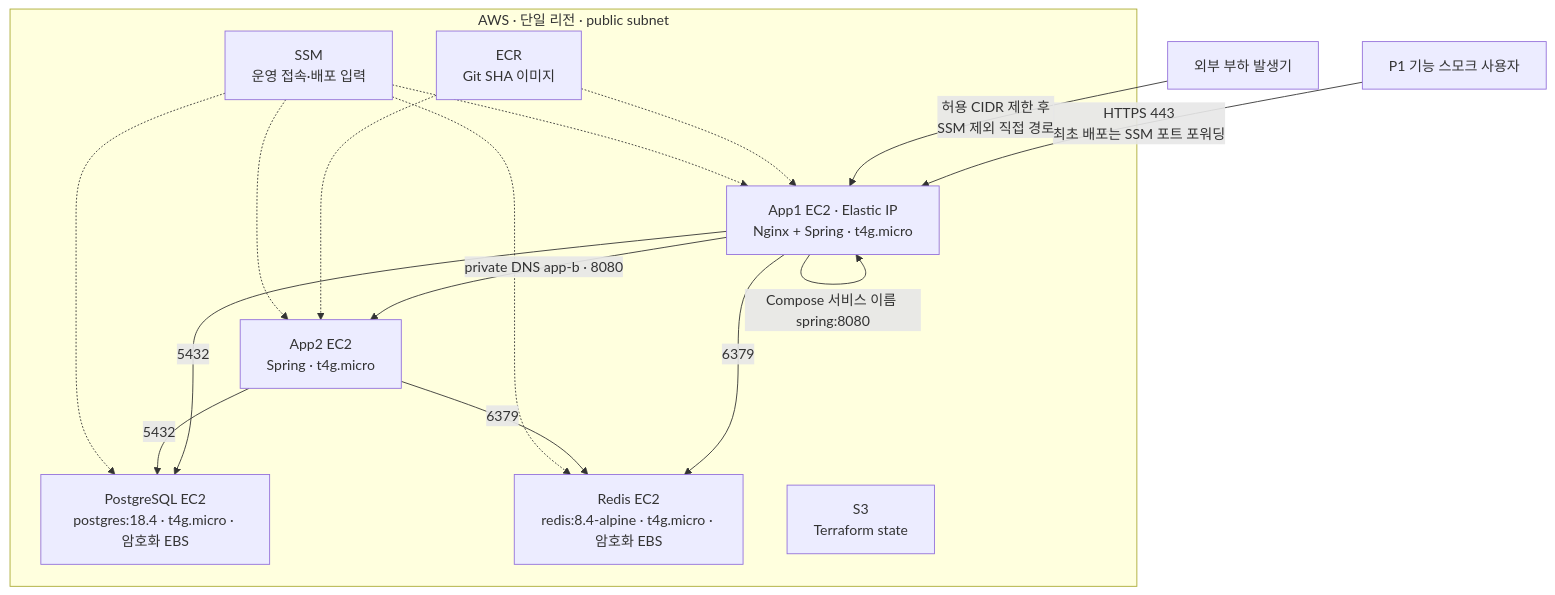
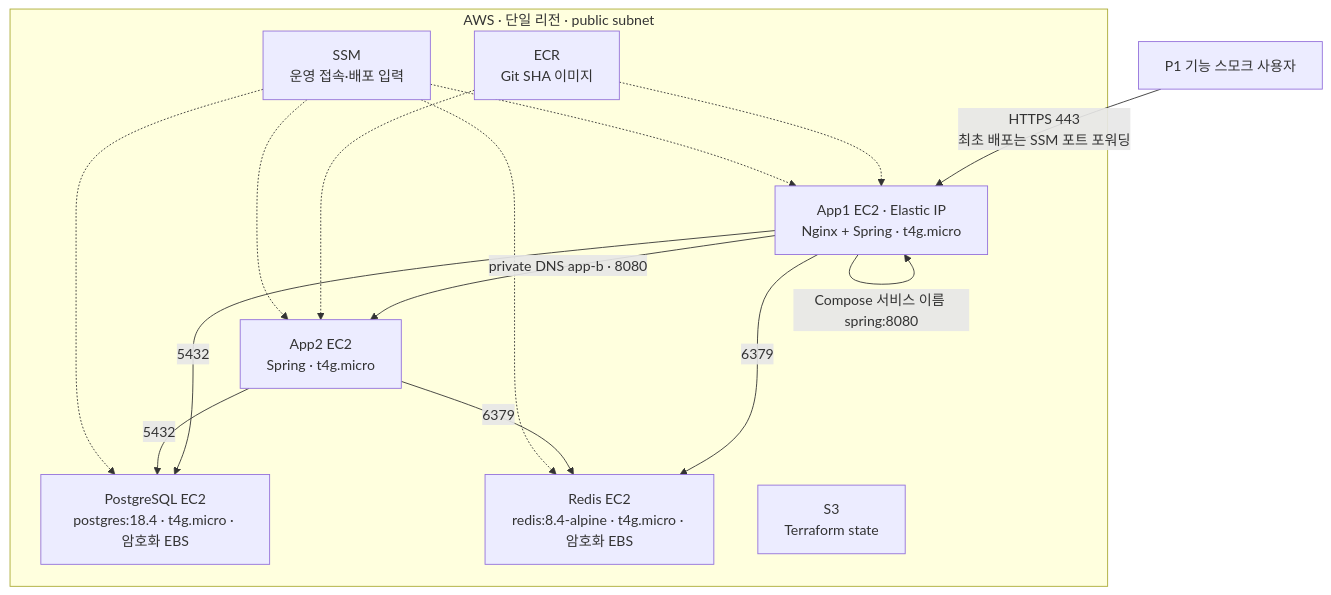
The first of 2 diagrams in docs/guides/AWS_MULTI_INSTANCE_INFRASTRUCTURE.md (bamsongi-club/albam-mate), drawn with Mermaid before and after one commit. The commit also changed other lines of this file and 2 other files, not shown here.

````diff
--- a/docs/guides/AWS_MULTI_INSTANCE_INFRASTRUCTURE.md
+++ b/docs/guides/AWS_MULTI_INSTANCE_INFRASTRUCTURE.md
@@ -41,28 +41,26 @@
 ```mermaid
 flowchart TB
     USER["P1 기능 스모크 사용자"] -->|"HTTPS 443<br/>최초 배포는 SSM 포트 포워딩"| NGINX["App1 EC2 · Elastic IP<br/>Nginx + Spring · t4g.micro"]
-    LOADGEN["외부 부하 발생기"] -->|"허용 CIDR 제한 후<br/>SSM 제외 직접 경로"| NGINX
-
     subgraph AWS["AWS · 단일 리전 · public subnet"]
         NGINX
         APP2["App2 EC2<br/>Spring · t4g.micro"]
         DB["PostgreSQL EC2<br/>postgres:18.4 · t4g.micro · 암호화 EBS"]
         REDIS["Redis EC2<br/>redis:8.4-alpine · t4g.micro · 암호화 EBS"]
         ECR["ECR<br/>Git SHA 이미지"]
         SSM["SSM<br/>운영 접속·배포 입력"]
         STATE["S3<br/>Terraform state"]
     end
 
     NGINX -->|"Compose 서비스 이름 spring:8080"| NGINX
     NGINX -->|"private DNS app-b · 8080"| APP2
     NGINX -->|"5432"| DB
     APP2 -->|"5432"| DB
     NGINX -->|"6379"| REDIS
     APP2 -->|"6379"| REDIS
     ECR -.-> NGINX
     ECR -.-> APP2
     SSM -.-> NGINX
     SSM -.-> APP2
     SSM -.-> DB
     SSM -.-> REDIS
 ```
````
